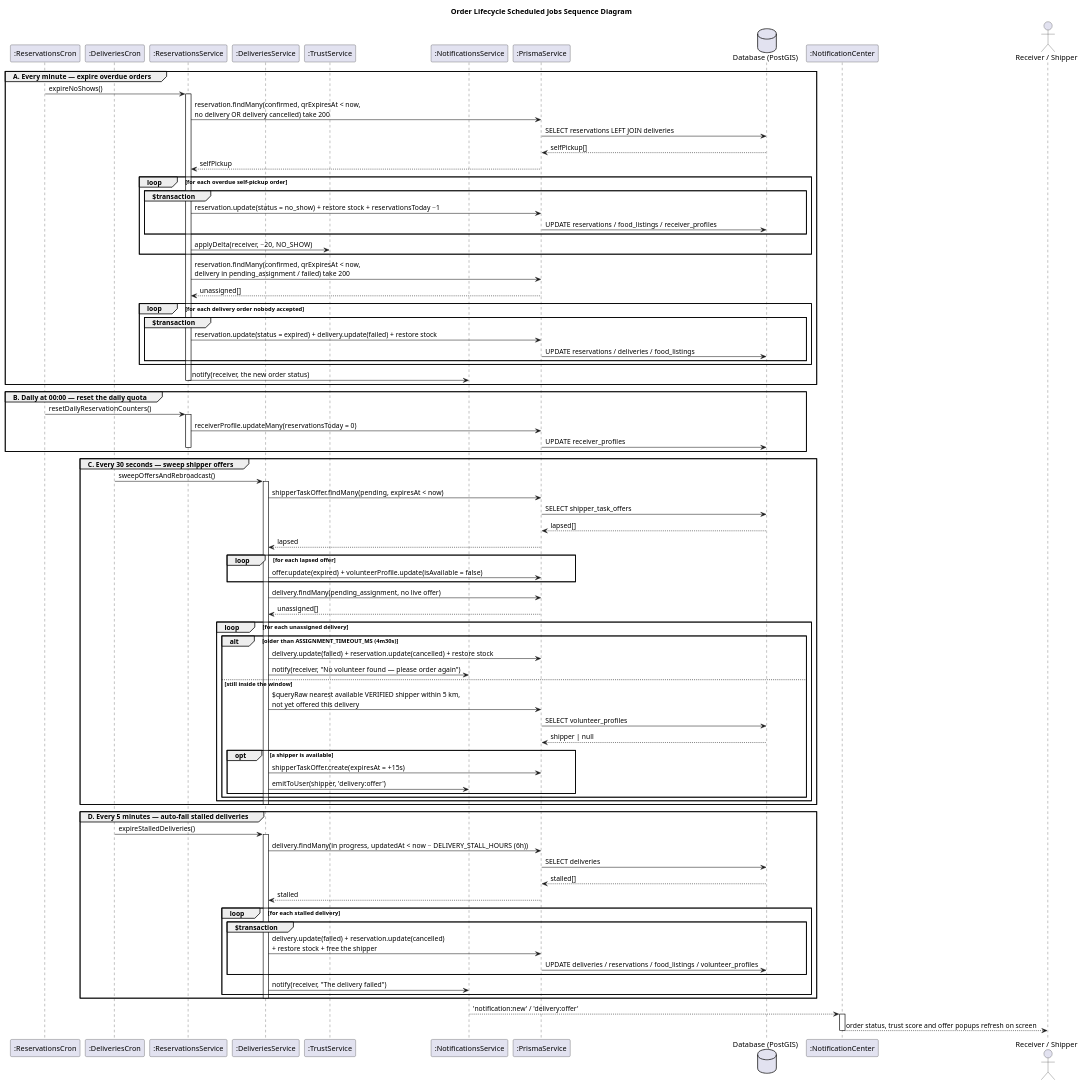
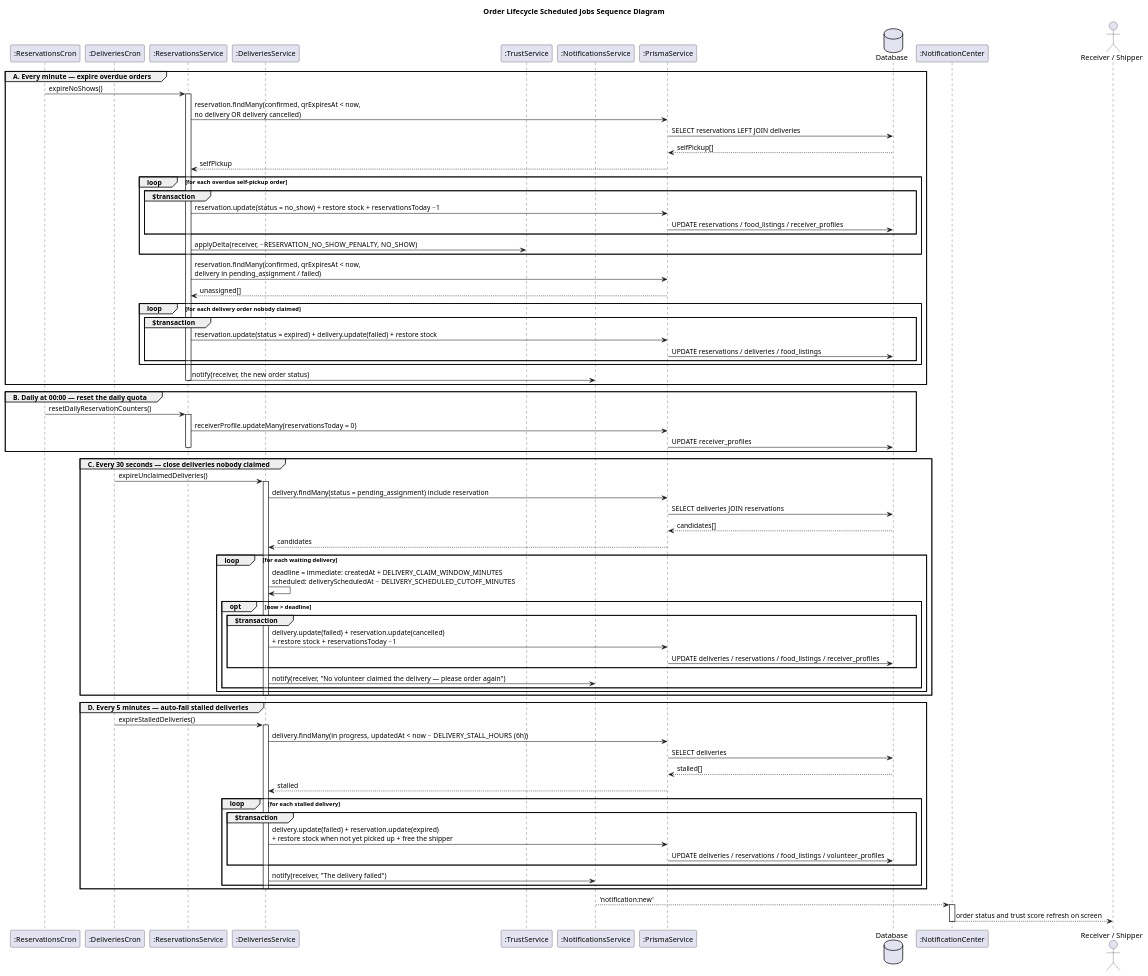
Before and after one commit to trimikey/Capstone_FoodResQ_Web: the first of 5 diagrams in docs/diagrams/seq-cron.puml, drawn with PlantUML. The commit also changed other lines of this file and 23 other files, not shown here.

First line of the commit message:
docs(diagrams): cap nhat sequence + class diagram theo code hien tai, bo chu thich

```diff
--- a/docs/diagrams/seq-cron.puml
+++ b/docs/diagrams/seq-cron.puml
@@ -16,99 +1,90 @@
 @startuml seq-cron-order-jobs
 title Order Lifecycle Scheduled Jobs Sequence Diagram
 
 participant ":ReservationsCron" as ResCron
 participant ":DeliveriesCron" as DelCron
 participant ":ReservationsService" as Res
 participant ":DeliveriesService" as Del
 participant ":TrustService" as Trust
 participant ":NotificationsService" as Notif
 participant ":PrismaService" as Repo
-database "Database (PostGIS)" as DB
+database "Database" as DB
 participant ":NotificationCenter" as Screen
 actor "Receiver / Shipper" as User
 
 group A. Every minute — expire overdue orders
   ResCron -> Res : expireNoShows()
   activate Res
-  Res -> Repo : reservation.findMany(confirmed, qrExpiresAt < now,\nno delivery OR delivery cancelled) take 200
+  Res -> Repo : reservation.findMany(confirmed, qrExpiresAt < now,\nno delivery OR delivery cancelled)
   Repo -> DB : SELECT reservations LEFT JOIN deliveries
   DB --> Repo : selfPickup[]
   Repo --> Res : selfPickup
   loop for each overdue self-pickup order
     group $transaction
       Res -> Repo : reservation.update(status = no_show) + restore stock + reservationsToday −1
       Repo -> DB : UPDATE reservations / food_listings / receiver_profiles
     end
-    Res -> Trust : applyDelta(receiver, −20, NO_SHOW)
+    Res -> Trust : applyDelta(receiver, −RESERVATION_NO_SHOW_PENALTY, NO_SHOW)
   end
-  Res -> Repo : reservation.findMany(confirmed, qrExpiresAt < now,\ndelivery in pending_assignment / failed) take 200
+  Res -> Repo : reservation.findMany(confirmed, qrExpiresAt < now,\ndelivery in pending_assignment / failed)
   Repo --> Res : unassigned[]
-  loop for each delivery order nobody accepted
+  loop for each delivery order nobody claimed
     group $transaction
       Res -> Repo : reservation.update(status = expired) + delivery.update(failed) + restore stock
       Repo -> DB : UPDATE reservations / deliveries / food_listings
     end
   end
   Res -> Notif : notify(receiver, the new order status)
   deactivate Res
 end
 
 group B. Daily at 00:00 — reset the daily quota
   ResCron -> Res : resetDailyReservationCounters()
   activate Res
   Res -> Repo : receiverProfile.updateMany(reservationsToday = 0)
   Repo -> DB : UPDATE receiver_profiles
   deactivate Res
 end
 
-group C. Every 30 seconds — sweep shipper offers
-  DelCron -> Del : sweepOffersAndRebroadcast()
+group C. Every 30 seconds — close deliveries nobody claimed
+  DelCron -> Del : expireUnclaimedDeliveries()
   activate Del
-  Del -> Repo : shipperTaskOffer.findMany(pending, expiresAt < now)
-  Repo -> DB : SELECT shipper_task_offers
-  DB --> Repo : lapsed[]
-  Repo --> Del : lapsed
-  loop for each lapsed offer
-    Del -> Repo : offer.update(expired) + volunteerProfile.update(isAvailable = false)
-  end
-  Del -> Repo : delivery.findMany(pending_assignment, no live offer)
-  Repo --> Del : unassigned[]
-  loop for each unassigned delivery
-    alt older than ASSIGNMENT_TIMEOUT_MS (4m30s)
-      Del -> Repo : delivery.update(failed) + reservation.update(cancelled) + restore stock
-      Del -> Notif : notify(receiver, "No volunteer found — please order again")
-    else still inside the window
-      Del -> Repo : $queryRaw nearest available VERIFIED shipper within 5 km,\nnot yet offered this delivery
-      Repo -> DB : SELECT volunteer_profiles
-      DB --> Repo : shipper | null
-      opt a shipper is available
-        Del -> Repo : shipperTaskOffer.create(expiresAt = +15s)
-        Del -> Notif : emitToUser(shipper, 'delivery:offer')
+  Del -> Repo : delivery.findMany(status = pending_assignment) include reservation
+  Repo -> DB : SELECT deliveries JOIN reservations
+  DB --> Repo : candidates[]
+  Repo --> Del : candidates
+  loop for each waiting delivery
+    Del -> Del : deadline = immediate: createdAt + DELIVERY_CLAIM_WINDOW_MINUTES\nscheduled: deliveryScheduledAt − DELIVERY_SCHEDULED_CUTOFF_MINUTES
+    opt now > deadline
+      group $transaction
+        Del -> Repo : delivery.update(failed) + reservation.update(cancelled)\n+ restore stock + reservationsToday −1
+        Repo -> DB : UPDATE deliveries / reservations / food_listings / receiver_profiles
       end
+      Del -> Notif : notify(receiver, "No volunteer claimed the delivery — please order again")
     end
   end
   deactivate Del
 end
 
 group D. Every 5 minutes — auto-fail stalled deliveries
   DelCron -> Del : expireStalledDeliveries()
   activate Del
   Del -> Repo : delivery.findMany(in progress, updatedAt < now − DELIVERY_STALL_HOURS (6h))
   Repo -> DB : SELECT deliveries
   DB --> Repo : stalled[]
   Repo --> Del : stalled
   loop for each stalled delivery
     group $transaction
-      Del -> Repo : delivery.update(failed) + reservation.update(cancelled)\n+ restore stock + free the shipper
+      Del -> Repo : delivery.update(failed) + reservation.update(expired)\n+ restore stock when not yet picked up + free the shipper
       Repo -> DB : UPDATE deliveries / reservations / food_listings / volunteer_profiles
     end
     Del -> Notif : notify(receiver, "The delivery failed")
   end
   deactivate Del
 end
 
-Notif --> Screen : 'notification:new' / 'delivery:offer'
+Notif --> Screen : 'notification:new'
 activate Screen
-Screen --> User : order status, trust score and offer popups refresh on screen
+Screen --> User : order status and trust score refresh on screen
 deactivate Screen
 @enduml
```
